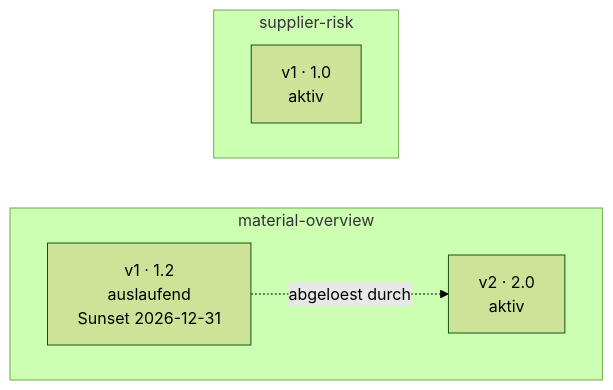
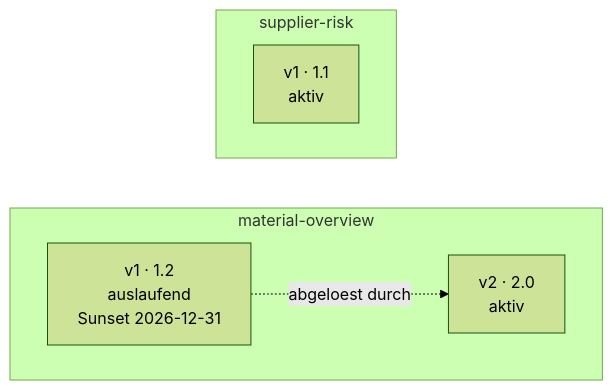
The second of 3 diagrams in docs/architecture.md (PlongoDongo/material_management_dashboard), drawn with Mermaid (forest theme) before and after one commit. The commit also changed other lines of this file and 5 other files, not shown here.

````diff
--- a/docs/architecture.md
+++ b/docs/architecture.md
@@ -59,13 +59,13 @@
 ```mermaid
 flowchart LR
   subgraph f_material_overview["material-overview"]
     direction LR
     v_material_overview_1["v1 · 1.2<br/>auslaufend<br/>Sunset 2026-12-31"]
     v_material_overview_2["v2 · 2.0<br/>aktiv"]
     v_material_overview_1 -.->|abgeloest durch| v_material_overview_2
   end
   subgraph f_supplier_risk["supplier-risk"]
     direction LR
-    v_supplier_risk_1["v1 · 1.0<br/>aktiv"]
+    v_supplier_risk_1["v1 · 1.1<br/>aktiv"]
   end
 ```
````
